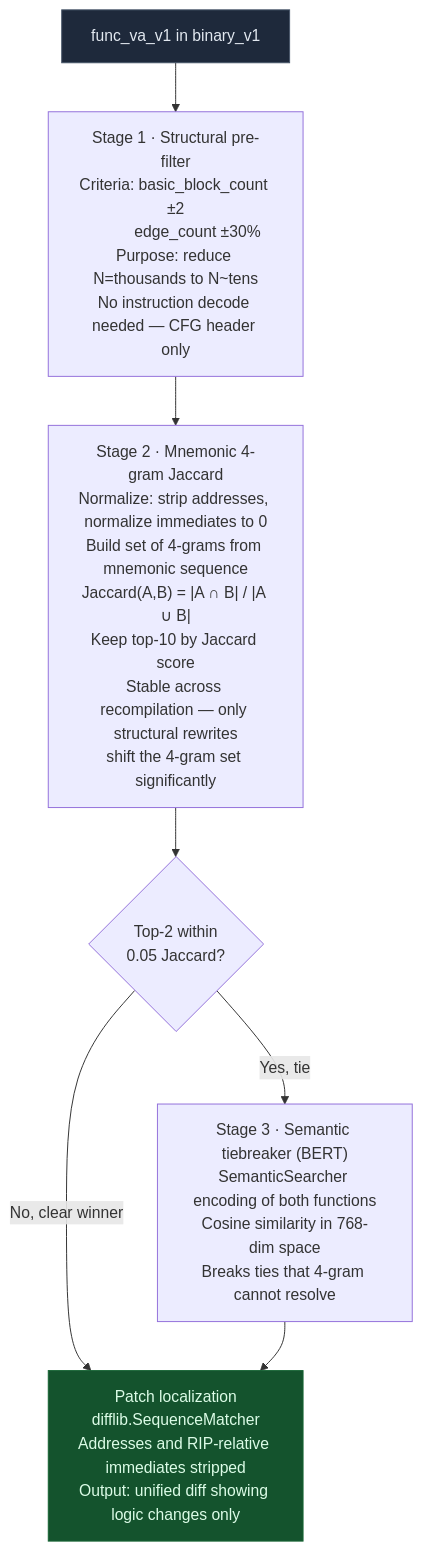
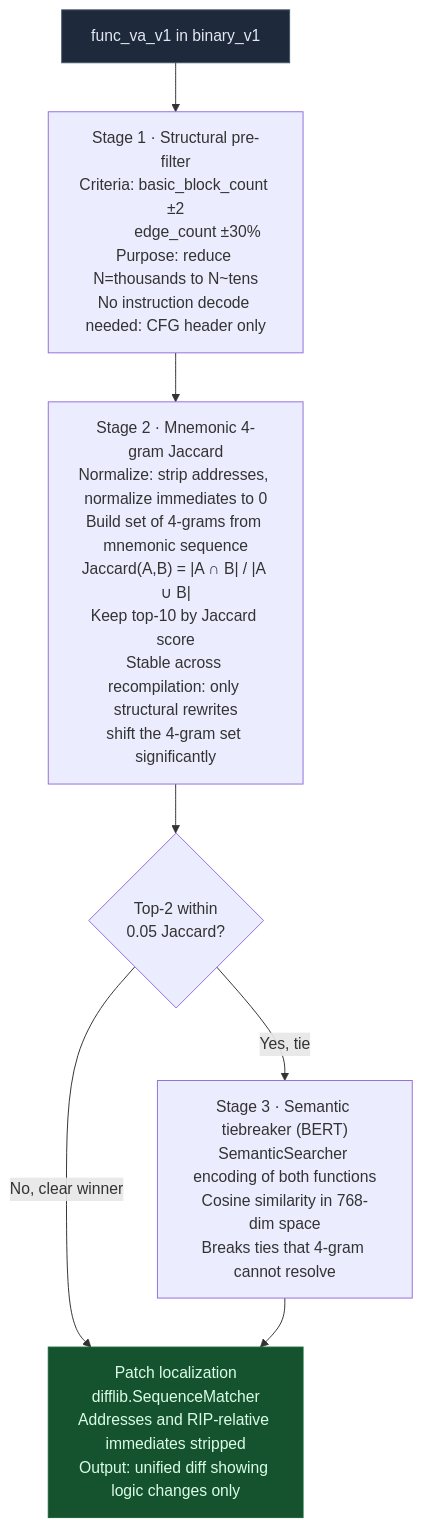
The first of 2 diagrams in docs/module-reference/structural.md (Ablation-Tool/ablation), drawn with Mermaid before and after one commit. The commit also changed 93 other files, not shown here.

````diff
--- a/docs/module-reference/structural.md
+++ b/docs/module-reference/structural.md
@@ -26,15 +26,15 @@
 ```mermaid
 flowchart TD
-    A["func_va_v1 in binary_v1"] --> B["Stage 1 · Structural pre-filter\nCriteria: basic_block_count ±2\n          edge_count ±30%\nPurpose: reduce N=thousands to N~tens\nNo instruction decode needed — CFG header only"]
+    A["func_va_v1 in binary_v1"] --> B["Stage 1 · Structural pre-filter\nCriteria: basic_block_count ±2\n          edge_count ±30%\nPurpose: reduce N=thousands to N~tens\nNo instruction decode needed: CFG header only"]
 
-    B --> C["Stage 2 · Mnemonic 4-gram Jaccard\nNormalize: strip addresses, normalize immediates to 0\nBuild set of 4-grams from mnemonic sequence\nJaccard(A,B) = |A ∩ B| / |A ∪ B|\nKeep top-10 by Jaccard score\nStable across recompilation — only structural rewrites\nshift the 4-gram set significantly"]
+    B --> C["Stage 2 · Mnemonic 4-gram Jaccard\nNormalize: strip addresses, normalize immediates to 0\nBuild set of 4-grams from mnemonic sequence\nJaccard(A,B) = |A ∩ B| / |A ∪ B|\nKeep top-10 by Jaccard score\nStable across recompilation: only structural rewrites\nshift the 4-gram set significantly"]
 
     C --> D{"Top-2 within\n0.05 Jaccard?"}
     D -->|No, clear winner| E["Patch localization\ndifflib.SequenceMatcher\nAddresses and RIP-relative immediates stripped\nOutput: unified diff showing logic changes only"]
     D -->|Yes, tie| F["Stage 3 · Semantic tiebreaker (BERT)\nSemanticSearcher encoding of both functions\nCosine similarity in 768-dim space\nBreaks ties that 4-gram cannot resolve"]
 
     F --> E
 
     style A fill:#1e293b,stroke:#475569,color:#e2e8f0
     style E fill:#14532d,stroke:#166534,color:#dcfce7
 ```
````
